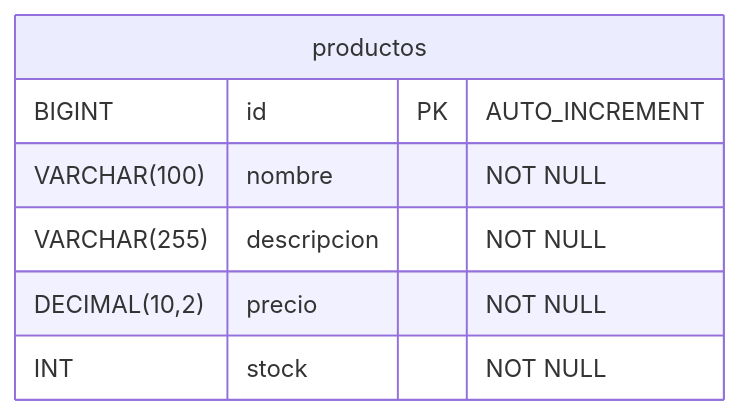
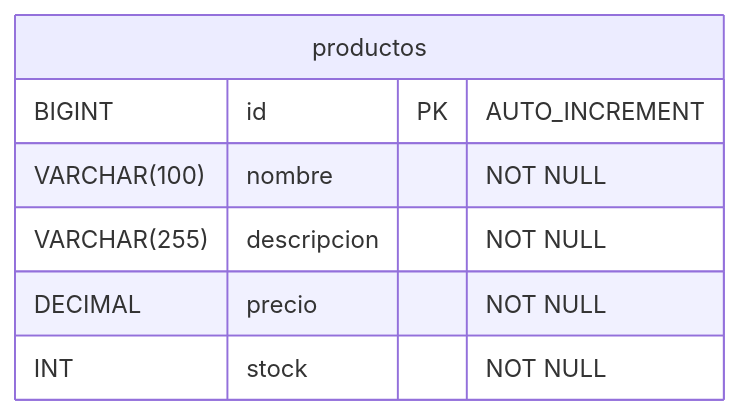
The second of 2 diagrams in README.md (brigitterodriguezp/productos-spring), drawn with Mermaid before and after one commit.

Commit message:
se actualizo documentacion

````diff
--- a/README.md
+++ b/README.md
@@ -78,10 +78,10 @@
 ```mermaid
 erDiagram
     productos {
         BIGINT id PK "AUTO_INCREMENT"
         VARCHAR(100) nombre "NOT NULL"
         VARCHAR(255) descripcion "NOT NULL"
-        DECIMAL(10,2) precio "NOT NULL"
+        DECIMAL precio "NOT NULL"
         INT stock "NOT NULL"
     }
 ```
````
